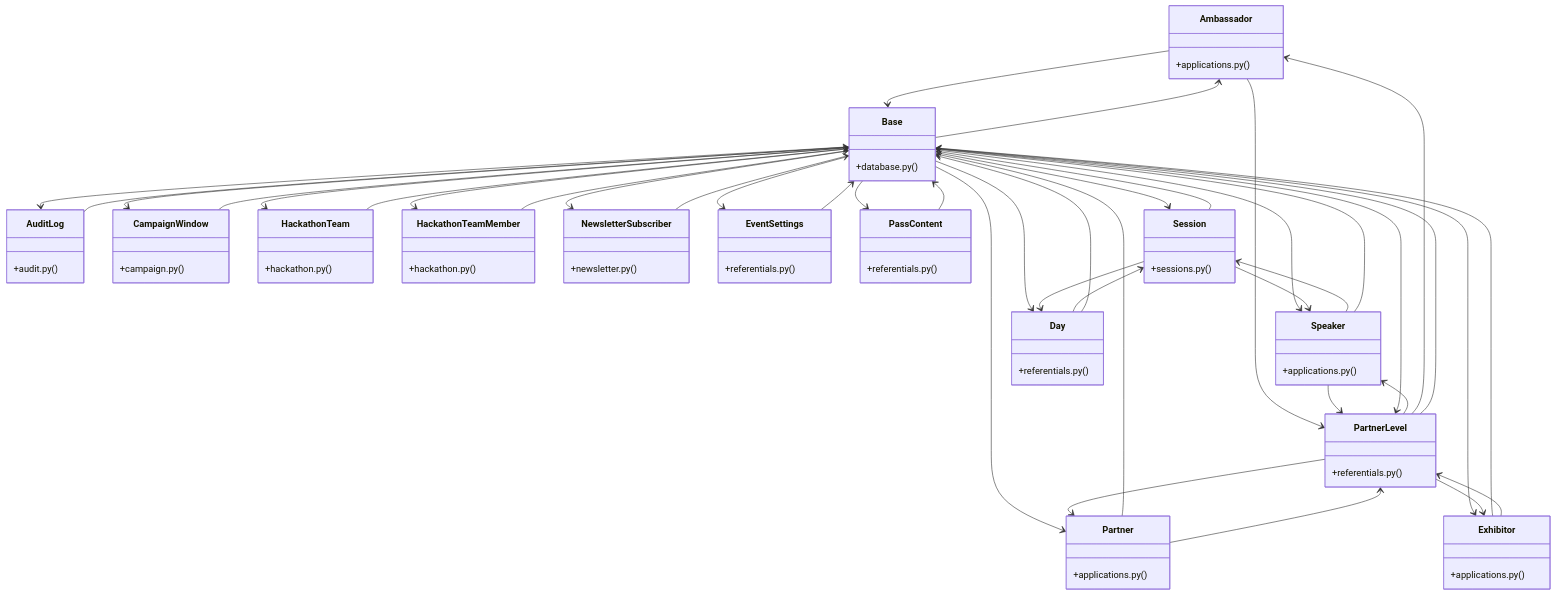
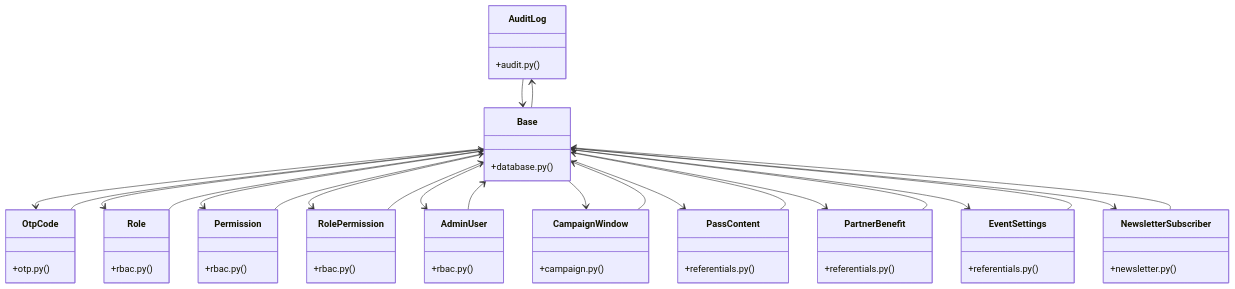
Before and after one commit to adjanayo/synca_conf_back: the diagram in graphify-out/wiki/[BaseModel_&_ValueError]_Cluster.md, drawn with Mermaid. The commit also changed other lines of this file and 68 other files, not shown here.

````diff
--- a/graphify-out/wiki/[BaseModel_&_ValueError]_Cluster.md
+++ b/graphify-out/wiki/[BaseModel_&_ValueError]_Cluster.md
@@ -36,17 +36,5 @@
 ```mermaid
 classDiagram
-    class Ambassador {
-        +applications.py()
-    }
-    class Exhibitor {
-        +applications.py()
-    }
-    class Partner {
-        +applications.py()
-    }
-    class Speaker {
-        +applications.py()
-    }
     class AuditLog {
         +audit.py()
     }
@@ -56,68 +44,53 @@
     class Base {
         +database.py()
     }
-    class HackathonTeam {
-        +hackathon.py()
-    }
-    class HackathonTeamMember {
-        +hackathon.py()
-    }
     class NewsletterSubscriber {
         +newsletter.py()
     }
-    class Day {
-        +referentials.py()
+    class OtpCode {
+        +otp.py()
+    }
+    class AdminUser {
+        +rbac.py()
+    }
+    class Permission {
+        +rbac.py()
+    }
+    class Role {
+        +rbac.py()
+    }
+    class RolePermission {
+        +rbac.py()
     }
     class EventSettings {
         +referentials.py()
     }
-    class PartnerLevel {
+    class PartnerBenefit {
         +referentials.py()
     }
     class PassContent {
         +referentials.py()
     }
-    class Session {
-        +sessions.py()
-    }
-    Ambassador --> Base
-    Ambassador --> PartnerLevel
-    Exhibitor --> Base
-    Exhibitor --> PartnerLevel
-    Partner --> Base
-    Partner --> PartnerLevel
-    Speaker --> Session
-    Speaker --> Base
-    Speaker --> PartnerLevel
     AuditLog --> Base
     CampaignWindow --> Base
-    Base --> Session
-    Base --> HackathonTeam
-    Base --> HackathonTeamMember
     Base --> AuditLog
-    Base --> Speaker
-    Base --> Ambassador
-    Base --> Partner
-    Base --> Exhibitor
+    Base --> OtpCode
+    Base --> Role
+    Base --> Permission
+    Base --> RolePermission
+    Base --> AdminUser
     Base --> CampaignWindow
-    Base --> Day
     Base --> PassContent
-    Base --> PartnerLevel
+    Base --> PartnerBenefit
     Base --> EventSettings
     Base --> NewsletterSubscriber
-    HackathonTeam --> Base
-    HackathonTeamMember --> Base
     NewsletterSubscriber --> Base
-    Day --> Session
-    Day --> Base
+    OtpCode --> Base
+    AdminUser --> Base
+    Permission --> Base
+    Role --> Base
+    RolePermission --> Base
     EventSettings --> Base
-    PartnerLevel --> Speaker
-    PartnerLevel --> Ambassador
-    PartnerLevel --> Partner
-    PartnerLevel --> Exhibitor
-    PartnerLevel --> Base
+    PartnerBenefit --> Base
     PassContent --> Base
-    Session --> Base
-    Session --> Speaker
-    Session --> Day
 ```
````
